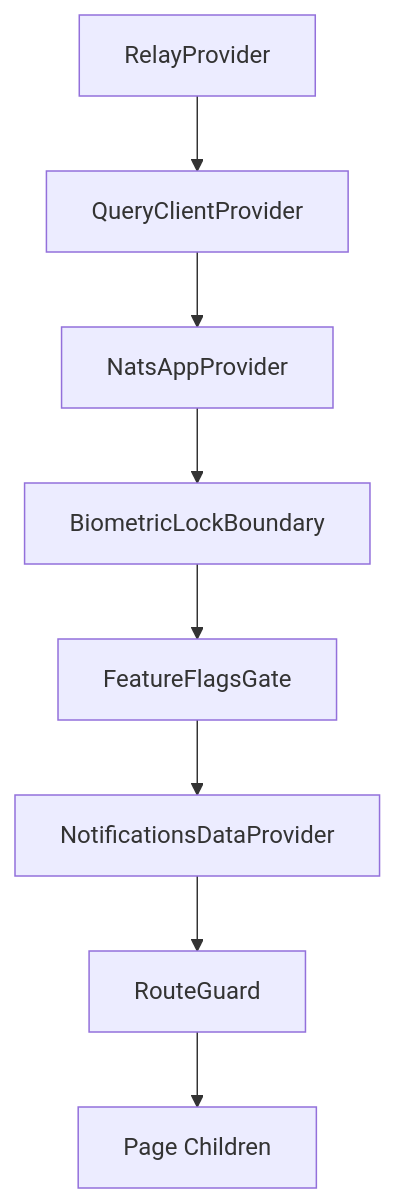
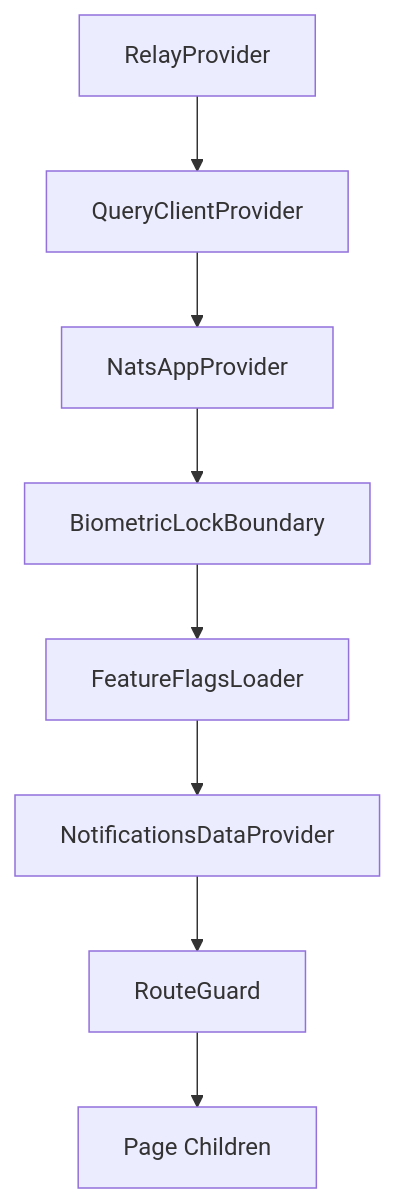
One commit to flamingo-stack/openframe-oss-frontend changed the diagram in src/app/.layout.md. Above: the diagram before and after it, drawn with Mermaid. The commit also changed 25 other files, not shown here.

````diff
--- a/src/app/.layout.md
+++ b/src/app/.layout.md
@@ -14,10 +14,10 @@
 ```mermaid
 graph TD
     RelayProvider["RelayProvider"] --> QueryClientProvider["QueryClientProvider"]
     QueryClientProvider --> NatsAppProvider["NatsAppProvider"]
     NatsAppProvider --> BiometricLockBoundary["BiometricLockBoundary"]
-    BiometricLockBoundary --> FeatureFlagsGate["FeatureFlagsGate"]
-    FeatureFlagsGate --> NotificationsDataProvider["NotificationsDataProvider"]
+    BiometricLockBoundary --> FeatureFlagsLoader["FeatureFlagsLoader"]
+    FeatureFlagsLoader --> NotificationsDataProvider["NotificationsDataProvider"]
     NotificationsDataProvider --> RouteGuard["RouteGuard"]
     RouteGuard --> Children["Page Children"]
 ```
````
